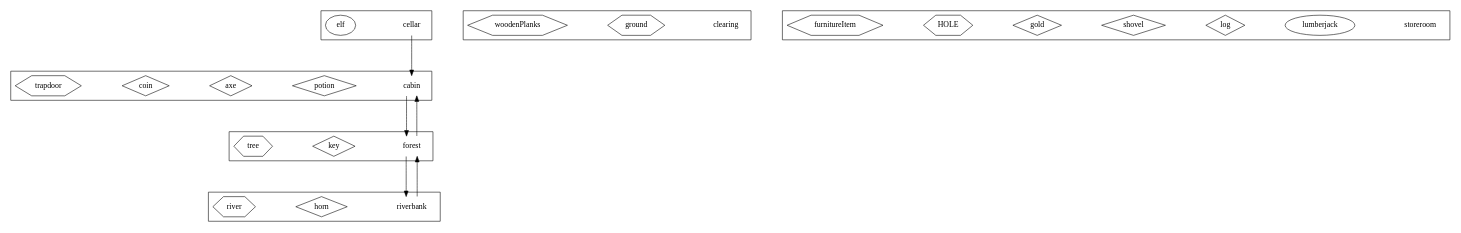
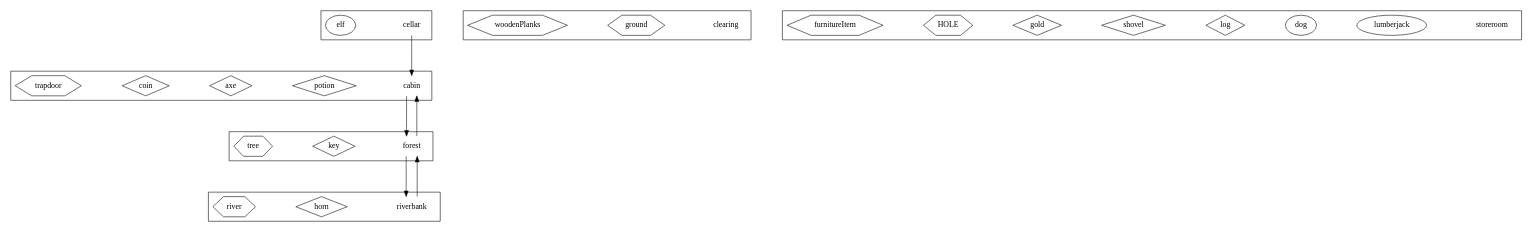
Before and after one commit to SecretsAndLies/JAVA-CV-2023: the diagram in cw-stag/config/extended-entities2.dot, drawn with Graphviz. The commit also changed 6 other files, not shown here.

```diff
--- a/cw-stag/config/extended-entities2.dot
+++ b/cw-stag/config/extended-entities2.dot
@@ -1,100 +1,101 @@
 digraph layout {
     /* ortho splines just makes the arrows into straight lines (rather than curvy ones !) */
     splines = ortho;
     /* space everything out a bit to make it easier to see (for larger models) */
     graph [ranksep="1" nodesep="1"];
     node [shape = "rect"];
 
     subgraph locations {
 
         subgraph cluster001 {
             node [shape = "none"];
             cabin [description = "A log cabin in the woods"];
             subgraph artefacts {
                 node [shape = "diamond"];
                 potion [description = "A bottle of magic potion"];
                 axe [description = "A razor sharp axe"];
                 coin [description = "A silver coin"];
             }
             subgraph furniture {
                 node [shape = "hexagon"];
                 trapdoor [description = "A locked wooden trapdoor in the floor"];
             }
         }
 
         subgraph cluster002 {
             node [shape = "none"];
             forest [description = "A deep dark forest"];
             subgraph artefacts {
                 node [shape = "diamond"];
                 key [description = "A rusty old key"];
             }
             subgraph furniture {
                 node [shape = "hexagon"];
                 tree [description = "A tall pine tree"];
             }
         }
 
         subgraph cluster003 {
             node [shape = "none"];
             cellar [description = "A dusty cellar"]
             subgraph characters {
                 node [shape = "ellipse"];
                 elf [description = "An angry looking Elf"];
             }
         }
 
         subgraph cluster004 {
             node [shape = "none"];
             riverbank [description = "A grassy riverbank"]
             subgraph artefacts {
                 node [shape = "diamond"];
                 horn [description = "An old brass horn"];
             }
             subgraph furniture {
                 node [shape = "hexagon"];
                 river [description = "A fast flowing river"];
             }
         }
 
         subgraph cluster005 {
             node [shape = "none"];
             clearing [description = "A clearing in the woods"]
             subgraph furniture {
                 node [shape = "hexagon"];
                 ground [description = "It looks like the soil has been recently disturbed"];
                 woodenPlanks [description = "A pile of wooden planks"];
             }
         }
 
         subgraph cluster999 {
             node [shape = "none"];
             storeroom [description = "Storage for any entities not placed in the game"]
             subgraph characters {
                 node [shape = "ellipse"];
                 lumberjack [description = "A burly wood cutter"];
+                dog [description = "A loyal dog"];
             }
             subgraph artefacts {
                 node [shape = "diamond"];
                 log [description = "A heavy wooden log"];
                 shovel [description = "A sturdy shovel"];
                 gold [description = "A big pot of gold"];
             }
             subgraph furniture {
                 node [shape = "hexagon"];
                 HOLE [description = "A deep hole in the ground"];
                 furnitureItem [description = "An item of furniture"];
             }
         }
 
     }
 
     subgraph paths {
         cabin -> forest;
         forest -> cabin;
         cellar -> cabin;
         forest -> riverbank
         riverbank -> forest
     }
 
 }
```
